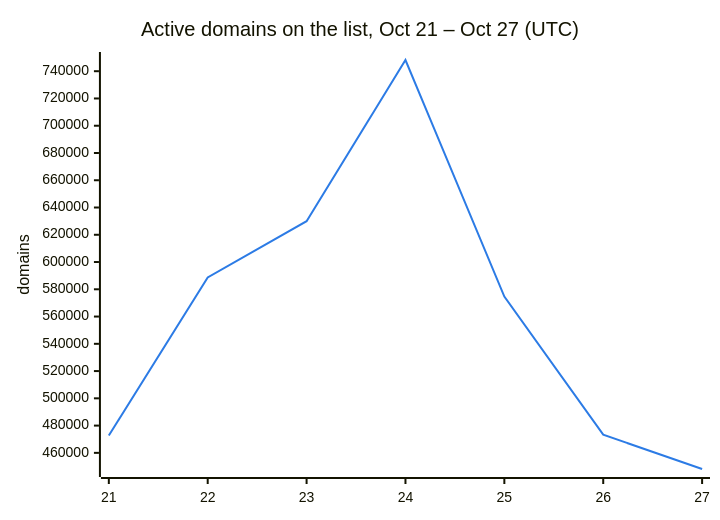
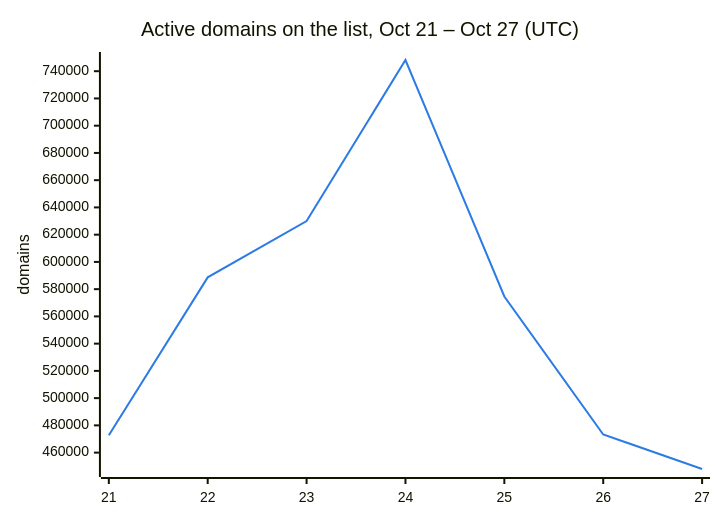
One commit to DNSBunker/CTI changed the second of 3 diagrams in README.md. Above: the diagram before and after it, drawn with Mermaid. The commit also changed other lines of this file and 3 other files, not shown here.

````diff
--- a/README.md
+++ b/README.md
@@ -38,8 +38,8 @@
 ```mermaid
 %%{init: {"themeVariables": {"xyChart": {"plotColorPalette": "#2c7be5"}}}}%%
 xychart-beta
     title "Active domains on the list, Oct 21 – Oct 27 (UTC)"
     x-axis ["21", "22", "23", "24", "25", "26", "27"]
     y-axis "domains"
-    line [472713, 588659, 629951, 748222, 574614, 473331, 448155]
+    line [472713, 588659, 629951, 748222, 574614, 473331, 447977]
 ```
````
